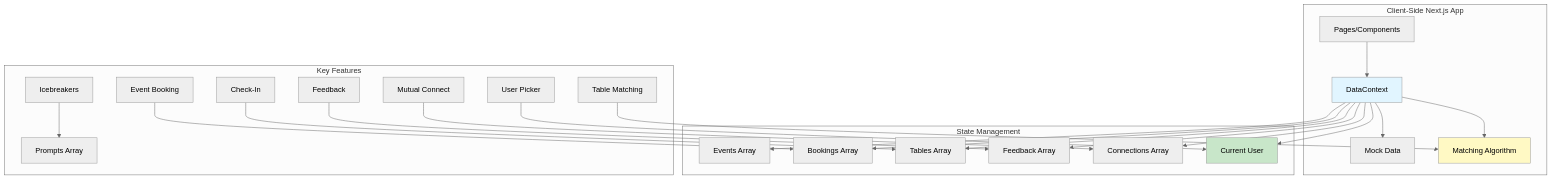
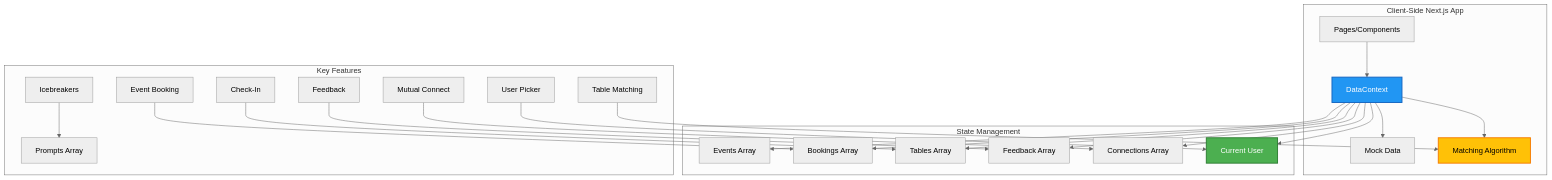
The seventh of 10 diagrams in USER_GUIDE.md (daniposa/devconnect), drawn with Mermaid (neutral theme) before and after one commit. The commit also changed other lines of this file, not shown here.

Commit message:
docs: Update Mermaid diagram colors for better visibility

````diff
--- a/USER_GUIDE.md
+++ b/USER_GUIDE.md
@@ -337,31 +337,31 @@
 ```mermaid
 graph TB
     subgraph "Client-Side Next.js App"
         A[Pages/Components] --> B[DataContext]
         B --> C[Mock Data]
         B --> D[Matching Algorithm]
     end
     
     subgraph "State Management"
         B --> E[Events Array]
         B --> F[Bookings Array]
         B --> G[Tables Array]
         B --> H[Feedback Array]
         B --> I[Connections Array]
         B --> J[Current User]
     end
     
     subgraph "Key Features"
         K[User Picker] --> J
         L[Event Booking] --> F
         M[Table Matching] --> D
         N[Check-In] --> G
         O[Icebreakers] --> P[Prompts Array]
         Q[Feedback] --> H
         R[Mutual Connect] --> I
     end
     
-    style B fill:#e1f5ff
-    style D fill:#fff9c4
-    style J fill:#c8e6c9
+    style B fill:#2196F3,stroke:#1565C0,stroke-width:2px,color:#fff
+    style D fill:#FFC107,stroke:#F57C00,stroke-width:2px,color:#000
+    style J fill:#4CAF50,stroke:#2E7D32,stroke-width:2px,color:#fff
 ```
````
